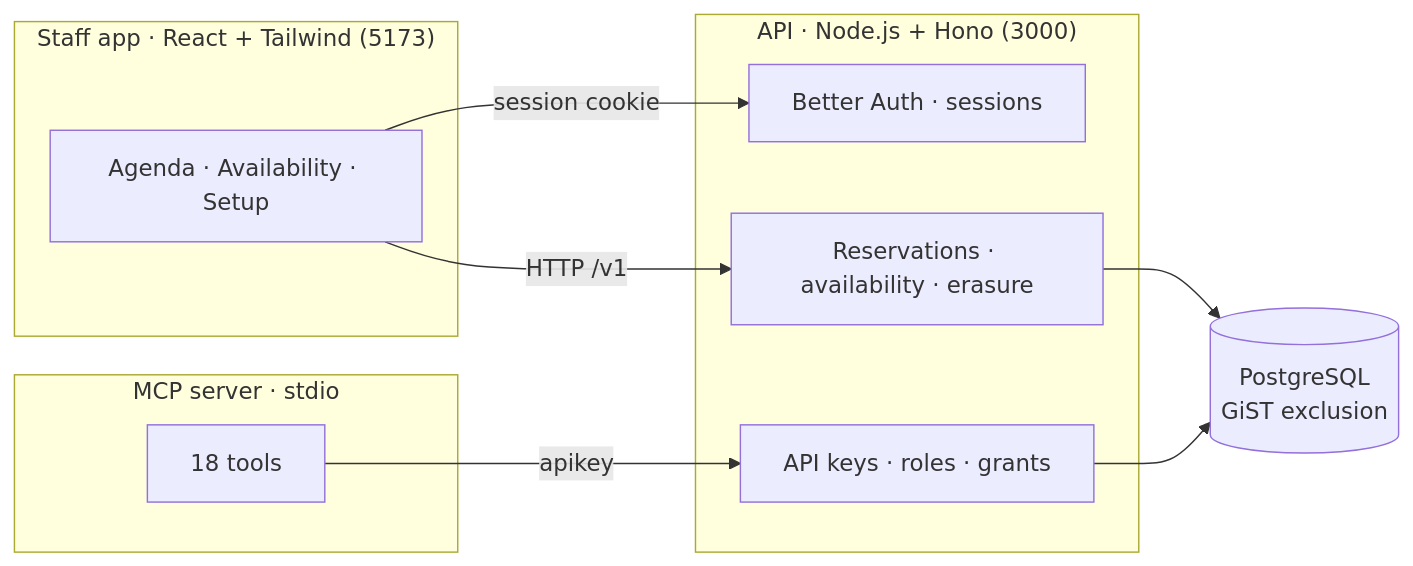
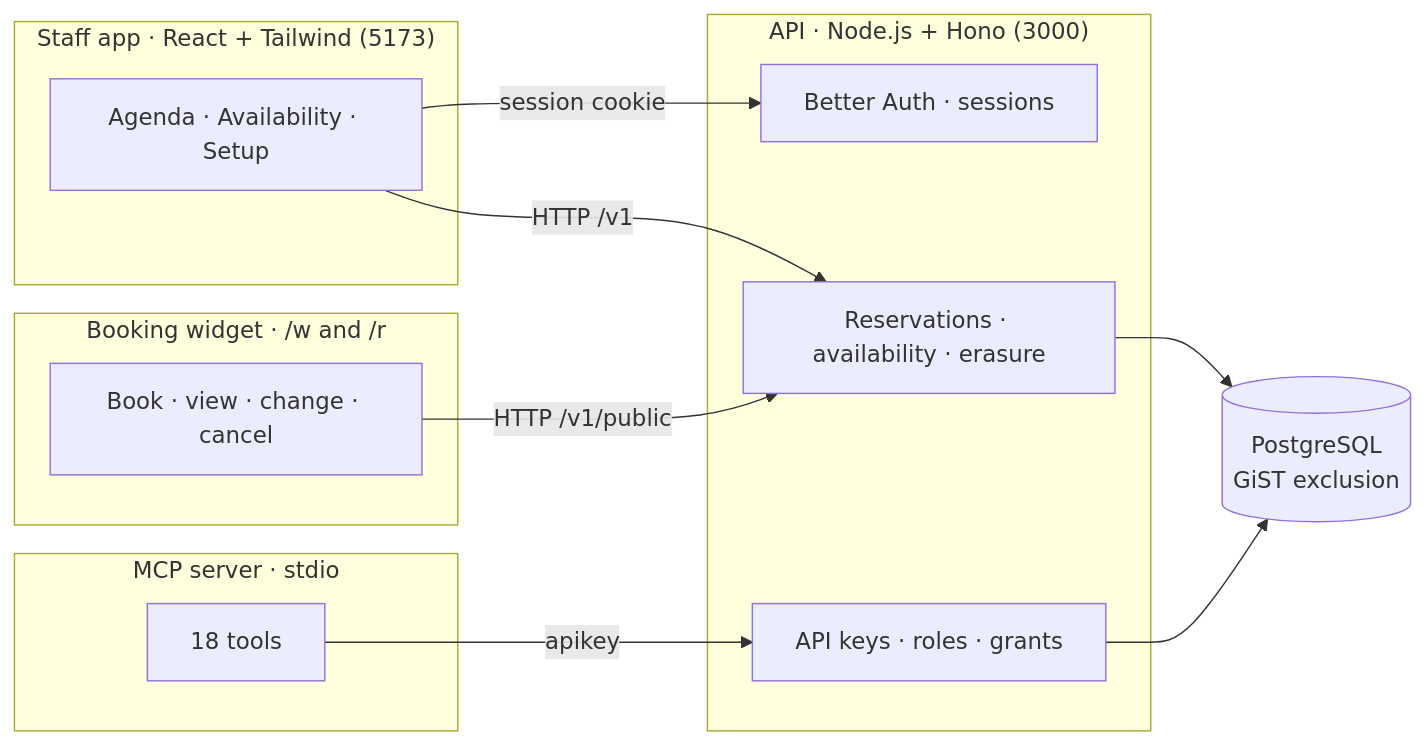
The diagram in README.md (David-Cabeza/OpenCovers), drawn with Mermaid before and after one commit. The commit also changed other lines of this file and 1 other file, not shown here.

First line of the commit message:
docs: bring the README and roadmap up to the merged widget and guest work

````diff
--- a/README.md
+++ b/README.md
@@ -81,21 +89,25 @@
 ```mermaid
 flowchart LR
     subgraph web["Staff app · React + Tailwind (5173)"]
         UI[Agenda · Availability · Setup]
     end
     subgraph api["API · Node.js + Hono (3000)"]
         AUTH[Better Auth · sessions]
         KEYS[API keys · roles · grants]
         DOMAIN[Reservations · availability · erasure]
     end
     subgraph mcp["MCP server · stdio"]
         TOOLS[18 tools]
     end
+    subgraph widget["Booking widget · /w and /r"]
+        GUEST[Book · view · change · cancel]
+    end
     DB[(PostgreSQL<br/>GiST exclusion)]
 
     UI -- "session cookie" --> AUTH
     UI -- "HTTP /v1" --> DOMAIN
     TOOLS -- "apikey" --> KEYS
+    GUEST -- "HTTP /v1/public" --> DOMAIN
     DOMAIN --> DB
     KEYS --> DB
 ```
````
